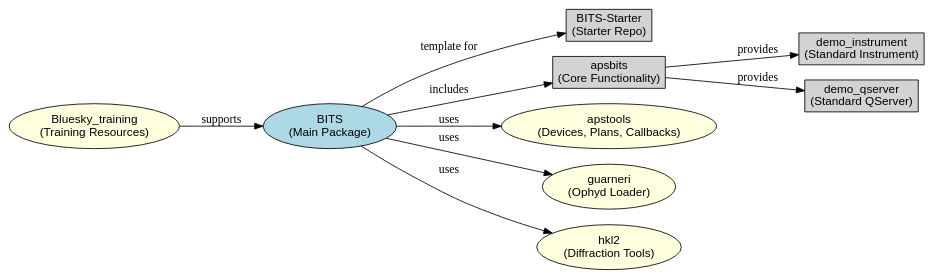
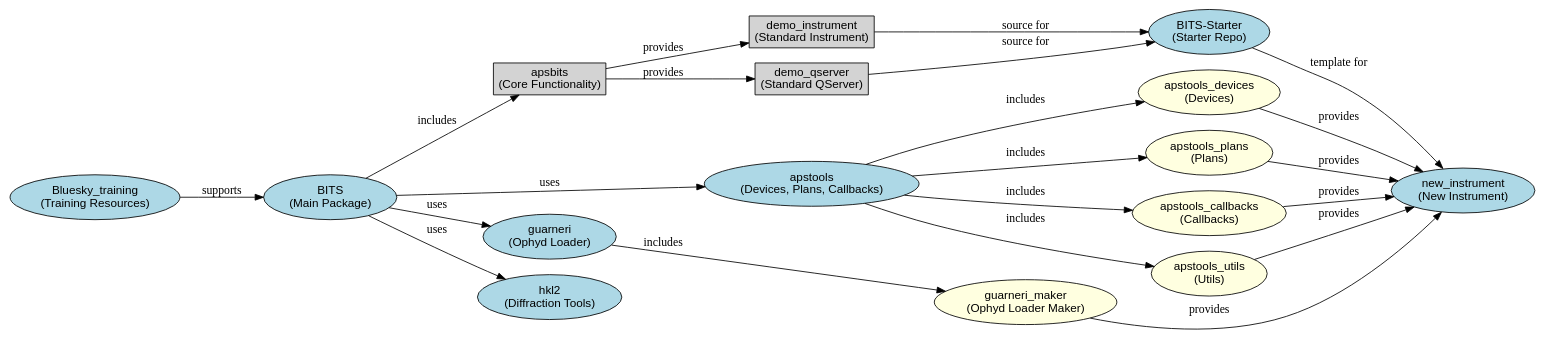
The diagram in docs/source/bits_overview.rst (BCDA-APS/bs_model_instrument), drawn with Graphviz before and after one commit.

Commit message:
better overview image

```diff
--- a/docs/source/bits_overview.rst
+++ b/docs/source/bits_overview.rst
@@ -11,25 +11,47 @@
 .. graphviz::
 
    digraph BITS_Ecosystem {
        rankdir=LR;
        node [shape=box style=filled fillcolor=lightgrey fontname="Arial"];
 
        BITS [label="BITS\n(Main Package)", shape=ellipse, fillcolor=lightblue];
-       BITS_Starter [label="BITS-Starter\n(Starter Repo)"];
+       BITS_Starter [label="BITS-Starter\n(Starter Repo)", shape=ellipse, fillcolor=lightblue];
+
        apsbits [label="apsbits\n(Core Functionality)"];
        demo_instr [label="demo_instrument\n(Standard Instrument)"];
        demo_qserver [label="demo_qserver\n(Standard QServer)"];
-       apstools [label="apstools\n(Devices, Plans, Callbacks)", shape=ellipse, fillcolor=lightyellow];
-       guarneri [label="guarneri\n(Ophyd Loader)", shape=ellipse, fillcolor=lightyellow];
-       hkl2 [label="hkl2\n(Diffraction Tools)", shape=ellipse, fillcolor=lightyellow];
-       training [label="Bluesky_training\n(Training Resources)", shape=ellipse, fillcolor=lightyellow];
 
-       BITS -> BITS_Starter [label="template for"];
+       apstools [label="apstools\n(Devices, Plans, Callbacks)", shape=ellipse, fillcolor=lightblue];
+       apst_devices [label="apstools_devices\n(Devices)", shape=ellipse, fillcolor=lightyellow];
+       apst_plans [label="apstools_plans\n(Plans)", shape=ellipse, fillcolor=lightyellow];
+       apst_callbacks [label="apstools_callbacks\n(Callbacks)", shape=ellipse, fillcolor=lightyellow];
+       apst_utils [label="apstools_utils\n(Utils)", shape=ellipse, fillcolor=lightyellow];
+
+       guarneri [label="guarneri\n(Ophyd Loader)", shape=ellipse, fillcolor=lightblue];
+       guarneri_maker [label="guarneri_maker\n(Ophyd Loader Maker)", shape=ellipse, fillcolor=lightyellow];
+
+       hkl2 [label="hkl2\n(Diffraction Tools)", shape=ellipse, fillcolor=lightblue];
+       training [label="Bluesky_training\n(Training Resources)", shape=ellipse, fillcolor=lightblue];
+       new_instrument [label="new_instrument\n(New Instrument)", shape=ellipse, fillcolor=lightblue];
+
        BITS -> apsbits [label="includes"];
        apsbits -> demo_instr [label="provides"];
+       demo_instr -> BITS_Starter [label="source for"];
+       demo_qserver -> BITS_Starter [label="source for"];
+       BITS_Starter -> new_instrument [label="template for"];
        apsbits -> demo_qserver [label="provides"];
        BITS -> apstools [label="uses"];
+       apstools -> apst_devices [label="includes"];
+       apstools -> apst_plans [label="includes"];
+       apstools -> apst_callbacks [label="includes"];
+       apstools -> apst_utils [label="includes"];
+       apst_devices -> new_instrument [label="provides"];
+       apst_plans -> new_instrument [label="provides"];
+       apst_callbacks -> new_instrument [label="provides"];
+       apst_utils -> new_instrument [label="provides"];
        BITS -> guarneri [label="uses"];
+       guarneri -> guarneri_maker [label="includes"];
+       guarneri_maker -> new_instrument [label="provides"];
        BITS -> hkl2 [label="uses"];
        training -> BITS [label="supports"];
    }
```
